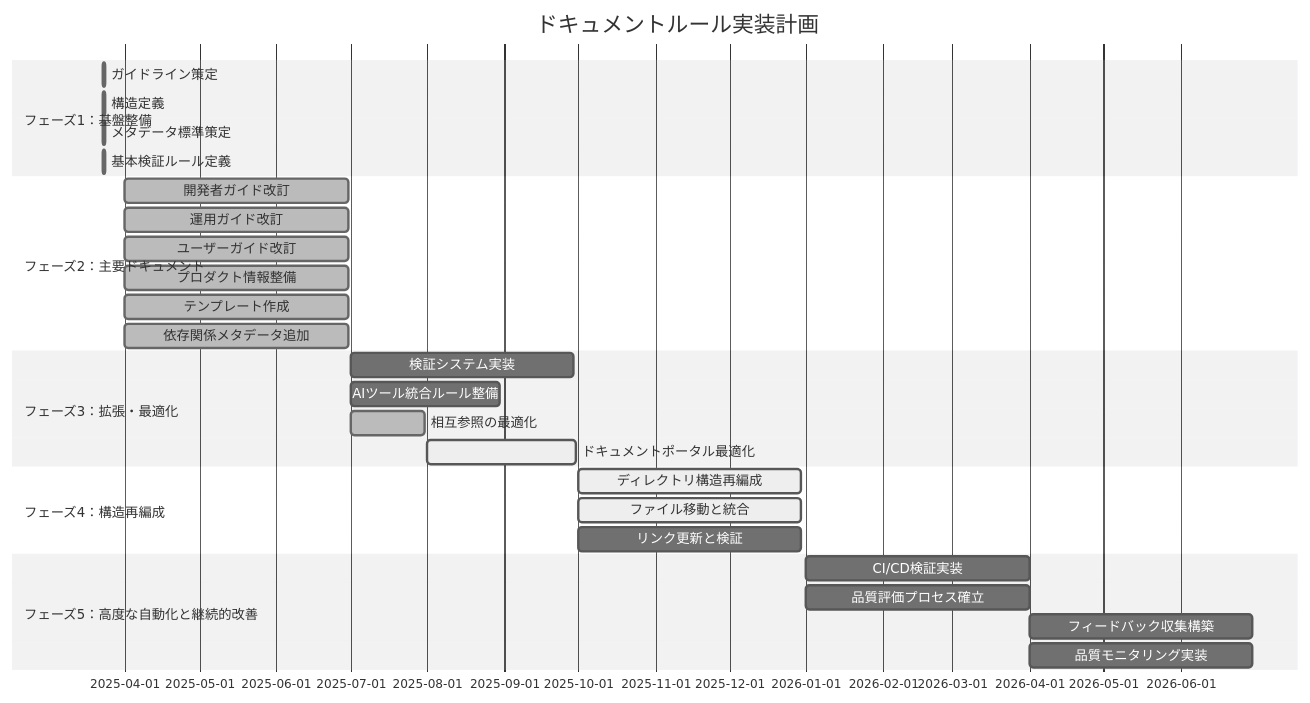
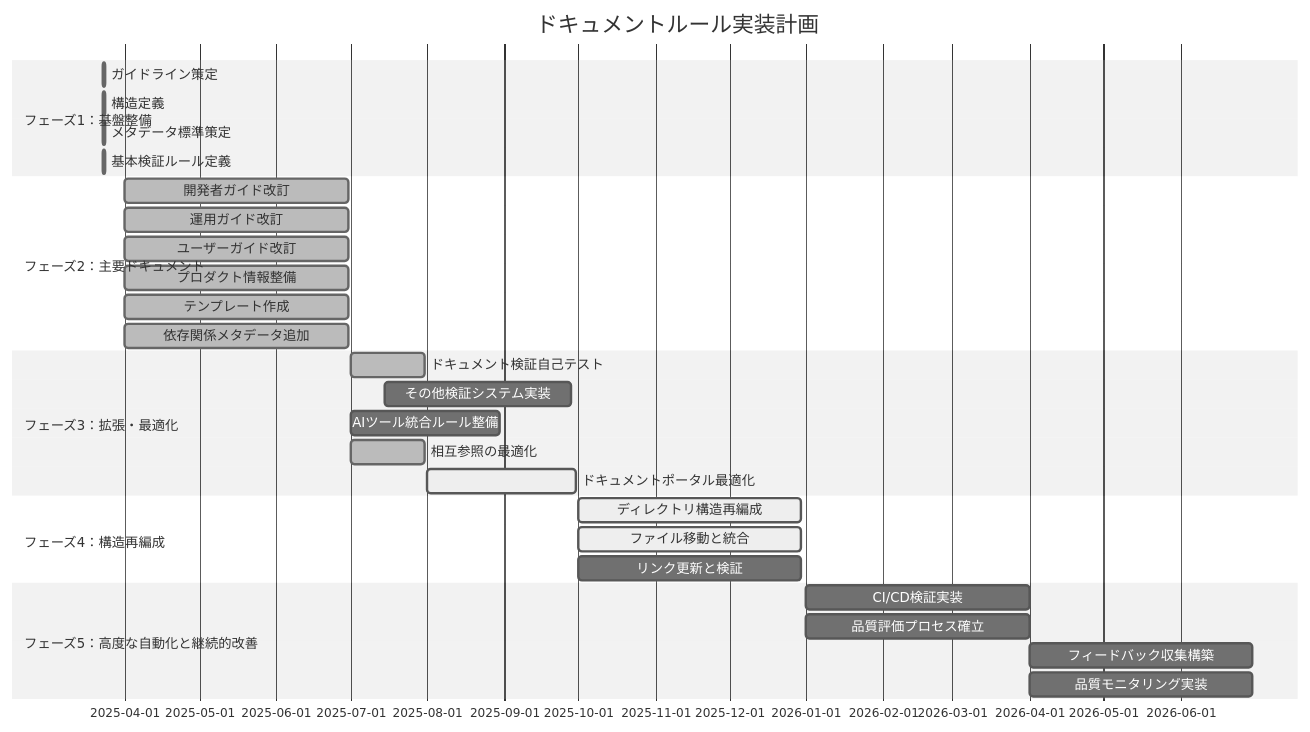
Before and after one commit to ToyB0x/git-resume: the second of 2 diagrams in docs/PROGRESS.md, drawn with Mermaid (neutral theme). The commit also changed other lines of this file and 2 other files, not shown here.

````diff
--- a/docs/PROGRESS.md
+++ b/docs/PROGRESS.md
@@ -27,31 +27,32 @@
 ```mermaid
 gantt
     title ドキュメントルール実装計画
     dateFormat  YYYY-MM-DD
     section フェーズ1：基盤整備
     ガイドライン策定      :done, 2025-03-23, 1d
     構造定義              :done, 2025-03-23, 1d
     メタデータ標準策定    :done, 2025-03-23, 1d
     基本検証ルール定義    :done, 2025-03-23, 1d
     section フェーズ2：主要ドキュメント
     開発者ガイド改訂      :done, 2025-04-01, 90d
     運用ガイド改訂        :done, 2025-04-01, 90d
     ユーザーガイド改訂    :done, 2025-04-01, 90d
     プロダクト情報整備    :done, 2025-04-01, 90d
     テンプレート作成      :done, 2025-04-01, 90d
     依存関係メタデータ追加 :done, 2025-04-01, 90d
     section フェーズ3：拡張・最適化
-    検証システム実装      :2025-07-01, 90d
+    ドキュメント検証自己テスト      :done, 2025-07-01, 30d
+    その他検証システム実装    :2025-07-15, 75d
     AIツール統合ルール整備 :2025-07-01, 60d
     相互参照の最適化      :done, 2025-07-01, 30d
     ドキュメントポータル最適化 :active, 2025-08-01, 60d
     section フェーズ4：構造再編成
     ディレクトリ構造再編成 :active, 2025-10-01, 90d
     ファイル移動と統合     :active, 2025-10-01, 90d
     リンク更新と検証       :2025-10-01, 90d
     section フェーズ5：高度な自動化と継続的改善
     CI/CD検証実装         :2026-01-01, 90d
     品質評価プロセス確立   :2026-01-01, 90d
     フィードバック収集構築 :2026-04-01, 90d
     品質モニタリング実装   :2026-04-01, 90d
 ```
````
